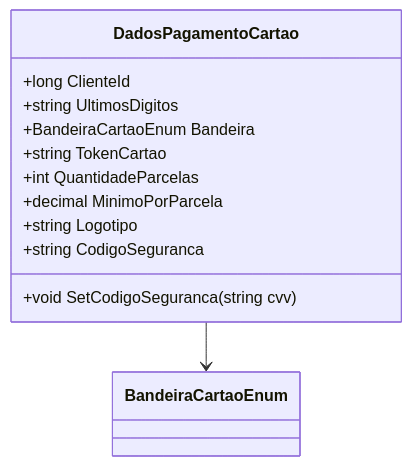
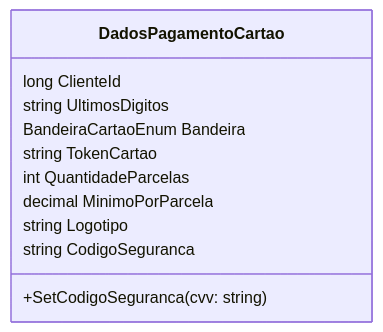
The second of 2 diagrams in docs/b2b-dominio/IsthmusWinthor.Nucleo/IsthmusWinthor.Dominio/POCO/Carrinho/DadosPagamentoCartao.md (IsthmusSistemas/documentacao-tecnica), drawn with Mermaid before and after one commit. The commit also changed other lines of this file and 882 other files, not shown here.

````diff
--- a/docs/b2b-dominio/IsthmusWinthor.Nucleo/IsthmusWinthor.Dominio/POCO/Carrinho/DadosPagamentoCartao.md
+++ b/docs/b2b-dominio/IsthmusWinthor.Nucleo/IsthmusWinthor.Dominio/POCO/Carrinho/DadosPagamentoCartao.md
@@ -37,15 +39,14 @@
 ```mermaid
 classDiagram
     class DadosPagamentoCartao {
-        +long ClienteId
-        +string UltimosDigitos
-        +BandeiraCartaoEnum Bandeira
-        +string TokenCartao
-        +int QuantidadeParcelas
-        +decimal MinimoPorParcela
-        +string Logotipo
-        +string CodigoSeguranca
-        +void SetCodigoSeguranca(string cvv)
+        long ClienteId
+        string UltimosDigitos
+        BandeiraCartaoEnum Bandeira
+        string TokenCartao
+        int QuantidadeParcelas
+        decimal MinimoPorParcela
+        string Logotipo
+        string CodigoSeguranca
+        +SetCodigoSeguranca(cvv: string)
     }
-    DadosPagamentoCartao --> BandeiraCartaoEnum
-```
+``` 
````
